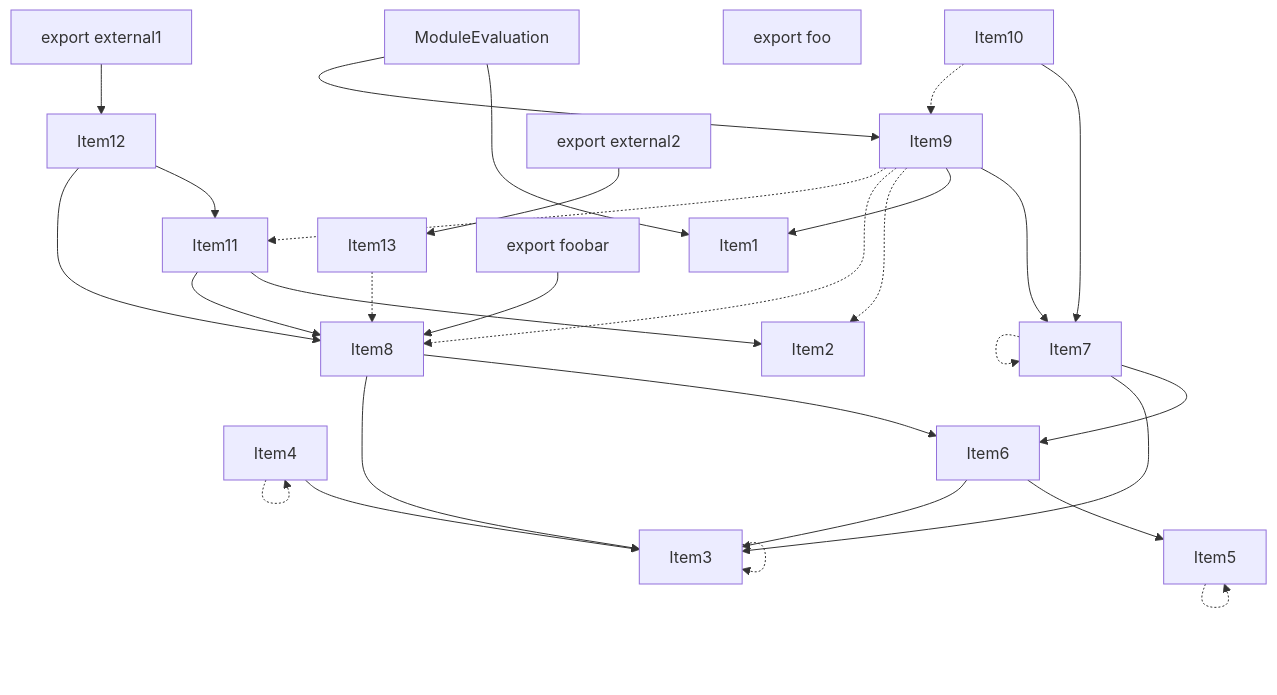
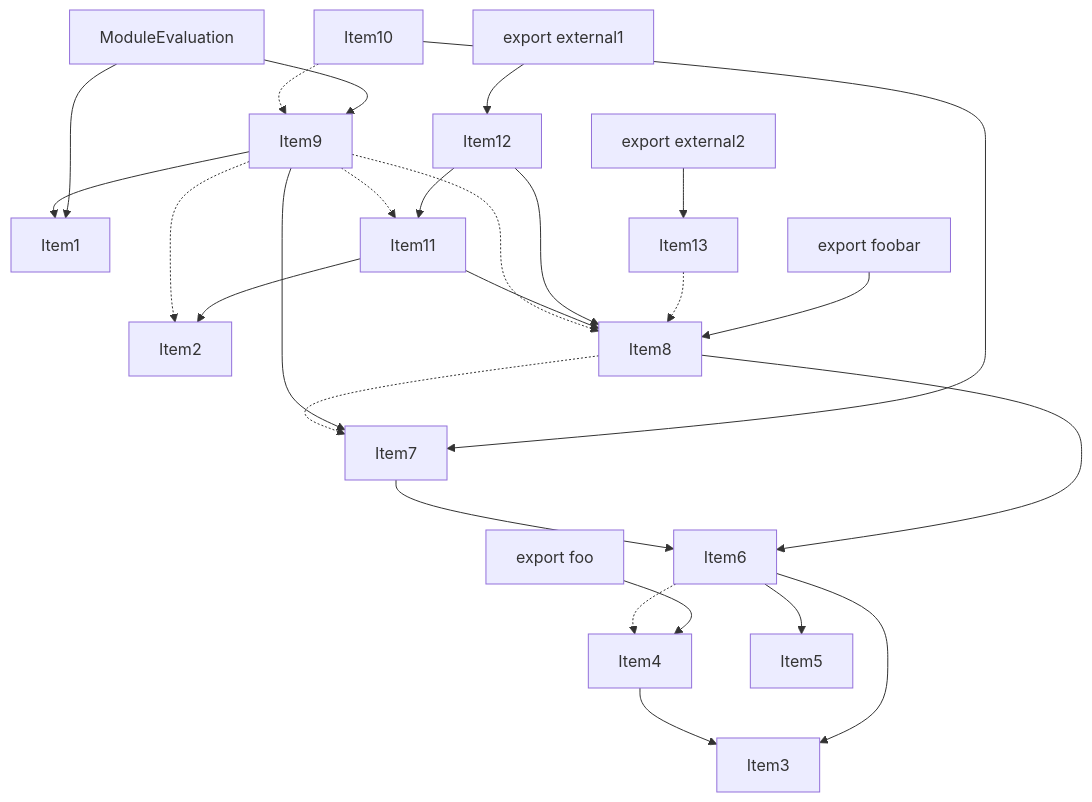
Before and after one commit to vercel/turborepo: the fourth of 5 diagrams in crates/turbopack-ecmascript/tests/tree-shaker/analyzer/1/output.md, drawn with Mermaid. The commit also changed other lines of this file and 20 other files, not shown here.

````diff
--- a/crates/turbopack-ecmascript/tests/tree-shaker/analyzer/1/output.md
+++ b/crates/turbopack-ecmascript/tests/tree-shaker/analyzer/1/output.md
@@ -272,54 +264,51 @@
 ```mermaid
 graph TD
     Item1;
     Item2;
     Item3;
     Item4;
     Item5;
     Item6;
     Item7;
     Item8;
     Item9;
     Item10;
     Item11;
     Item12;
     Item13;
     Item14;
     Item14["ModuleEvaluation"];
     Item15;
     Item15["export foobar"];
     Item16;
     Item16["export foo"];
     Item17;
     Item17["export external1"];
     Item18;
     Item18["export external2"];
-    Item3 -.-> Item3;
     Item4 --> Item3;
-    Item4 -.-> Item4;
-    Item5 -.-> Item5;
     Item6 --> Item5;
     Item6 --> Item3;
+    Item6 -.-> Item4;
     Item7 --> Item6;
-    Item7 --> Item3;
-    Item7 -.-> Item7;
     Item8 --> Item6;
-    Item8 --> Item3;
+    Item8 -.-> Item7;
     Item9 --> Item7;
     Item9 --> Item1;
     Item9 -.-> Item2;
     Item9 -.-> Item8;
     Item9 -.-> Item11;
     Item10 --> Item7;
     Item10 -.-> Item9;
     Item11 --> Item2;
     Item11 --> Item8;
     Item12 --> Item11;
     Item12 --> Item8;
     Item13 -.-> Item8;
     Item14 --> Item1;
     Item14 --> Item9;
     Item15 --> Item8;
+    Item16 --> Item4;
     Item17 --> Item12;
     Item18 --> Item13;
 ```
````
